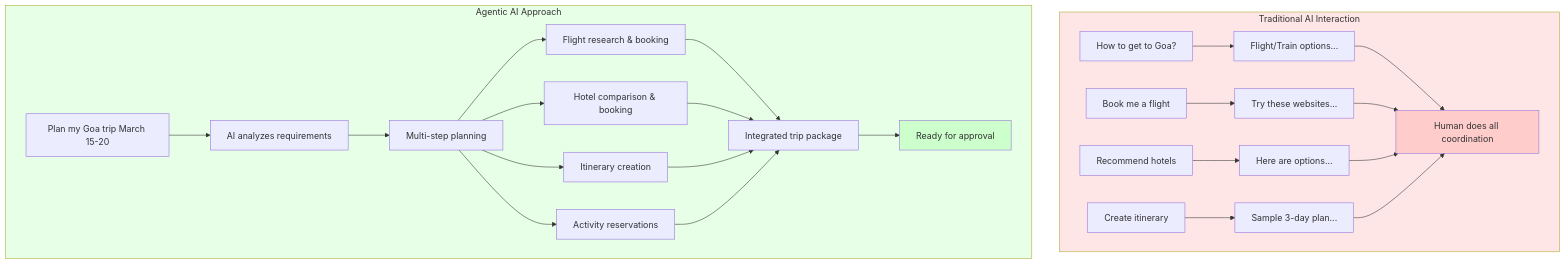
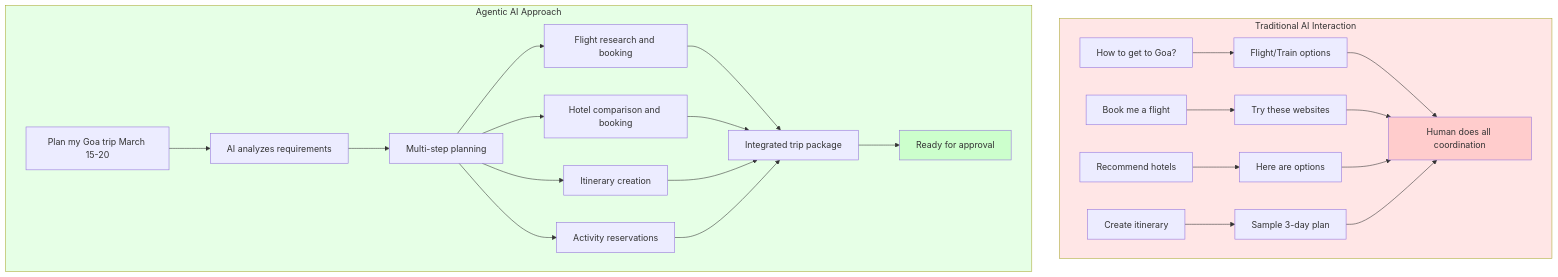
The fifth of 6 diagrams in 02_agentic_ai.md (Sourabh-Kumar04/LangGraph), drawn with Mermaid before and after one commit. The commit also changed other lines of this file, not shown here.

Commit message:
✨  dDcs: add detailed Agentic AI & Hiring Chatbots guide with interactive Mermaid diagrams

````diff
--- a/02_agentic_ai.md
+++ b/02_agentic_ai.md
@@ -404,35 +417,35 @@
 ```mermaid
 graph TD
-    subgraph Traditional ["Traditional AI Interaction"]
-        T1["How to get to Goa?"] --> T2["Flight/Train options..."]
-        T3["Book me a flight"] --> T4["Try these websites..."]
-        T5["Recommend hotels"] --> T6["Here are options..."]
-        T7["Create itinerary"] --> T8["Sample 3-day plan..."]
+    subgraph Traditional [Traditional AI Interaction]
+        T1[How to get to Goa?] --> T2[Flight/Train options]
+        T3[Book me a flight] --> T4[Try these websites]
+        T5[Recommend hotels] --> T6[Here are options]
+        T7[Create itinerary] --> T8[Sample 3-day plan]
         
-        T9["Human does all coordination"]
+        T9[Human does all coordination]
         T2 --> T9
         T4 --> T9
         T6 --> T9
         T8 --> T9
     end
     
-    subgraph Agentic ["Agentic AI Approach"]
-        A1["Plan my Goa trip March 15-20"] --> A2["AI analyzes requirements"]
-        A2 --> A3["Multi-step planning"]
-        A3 --> A4["Flight research & booking"]
-        A3 --> A5["Hotel comparison & booking"]
-        A3 --> A6["Itinerary creation"]
-        A3 --> A7["Activity reservations"]
+    subgraph Agentic [Agentic AI Approach]
+        A1[Plan my Goa trip March 15-20] --> A2[AI analyzes requirements]
+        A2 --> A3[Multi-step planning]
+        A3 --> A4[Flight research and booking]
+        A3 --> A5[Hotel comparison and booking]
+        A3 --> A6[Itinerary creation]
+        A3 --> A7[Activity reservations]
         
-        A4 --> A8["Integrated trip package"]
+        A4 --> A8[Integrated trip package]
         A5 --> A8
         A6 --> A8
         A7 --> A8
-        A8 --> A9["Ready for approval"]
+        A8 --> A9[Ready for approval]
     end
     
     style Traditional fill:#ffe6e6
     style Agentic fill:#e6ffe6
     style T9 fill:#ffcccc
     style A9 fill:#ccffcc
 ```
````
